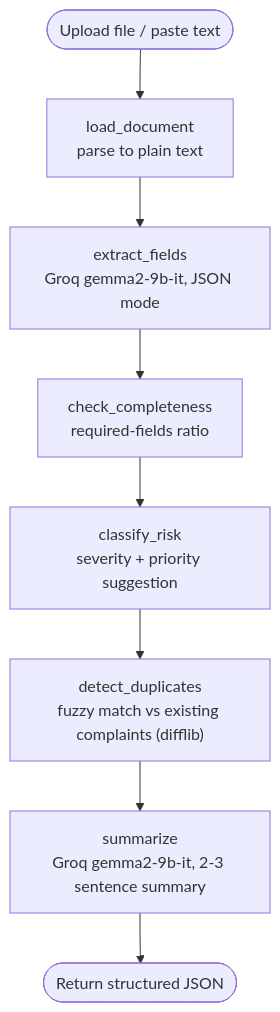
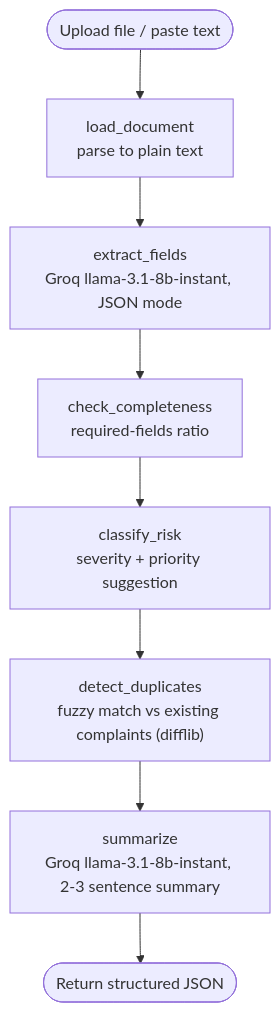
One commit to mdsvr/AIVOA-Assessment changed the second of 3 diagrams in IMPLEMENTATION_PLAN.md. Above: the diagram before and after it, drawn with Mermaid. The commit also changed other lines of this file and 63 other files, not shown here.

````diff
--- a/IMPLEMENTATION_PLAN.md
+++ b/IMPLEMENTATION_PLAN.md
@@ -106,10 +101,10 @@
 ```mermaid
 flowchart TD
     A([Upload file / paste text]) --> B[load_document\nparse to plain text]
-    B --> C["extract_fields\nGroq gemma2-9b-it, JSON mode"]
+    B --> C["extract_fields\nGroq llama-3.1-8b-instant, JSON mode"]
     C --> D[check_completeness\nrequired-fields ratio]
     D --> E[classify_risk\nseverity + priority suggestion]
     E --> F["detect_duplicates\nfuzzy match vs existing complaints (difflib)"]
-    F --> G[summarize\nGroq gemma2-9b-it, 2-3 sentence summary]
+    F --> G[summarize\nGroq llama-3.1-8b-instant, 2-3 sentence summary]
     G --> H([Return structured JSON])
 ```
````
